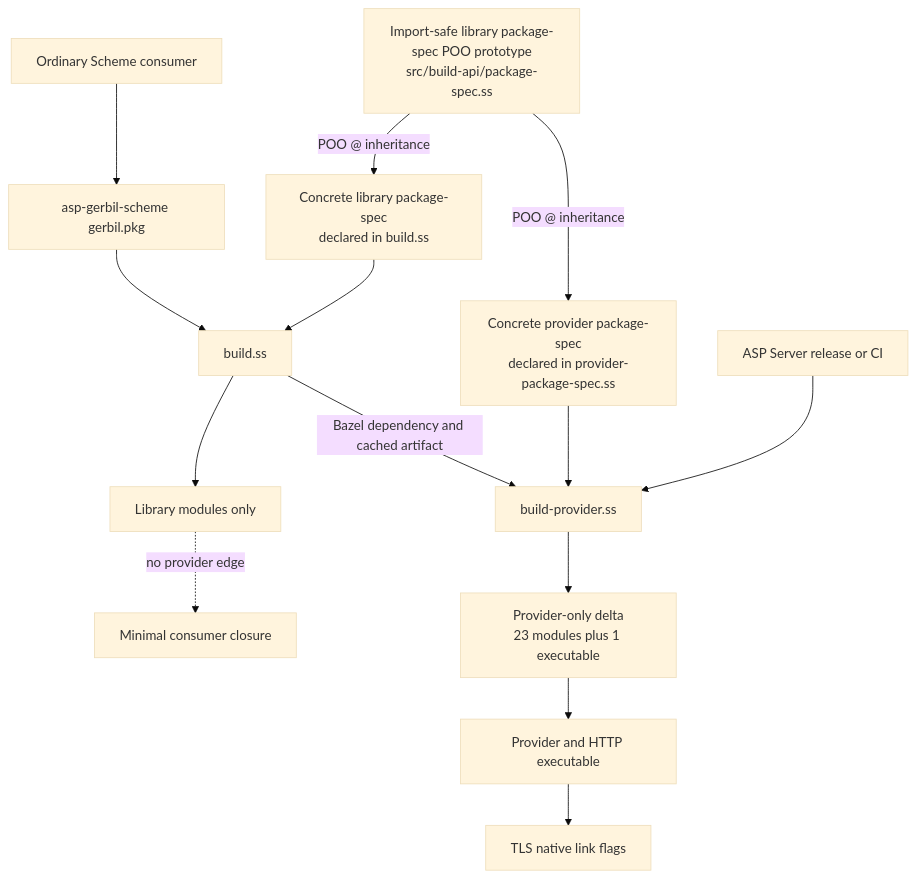
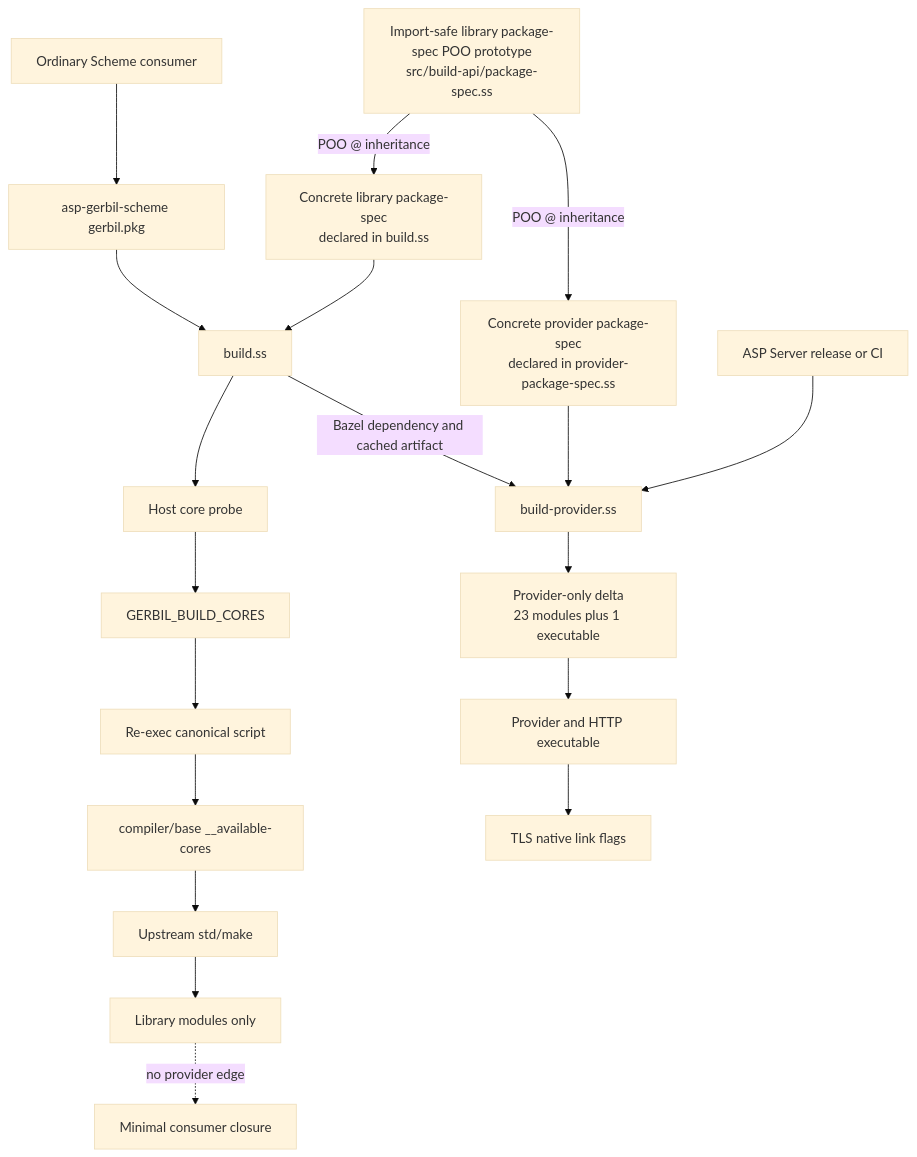
Before and after one commit to tao3k/asp-gerbil-scheme: the third of 3 diagrams in docs/30-39-building/31.07-native-gerbil-declarative-boundary.org, drawn with Mermaid (base theme). The commit also changed other lines of this file and 6 other files, not shown here.

Commit message:
fix: restore canonical Gerbil build concurrency

```diff
--- a/docs/30-39-building/31.07-native-gerbil-declarative-boundary.org
+++ b/docs/30-39-building/31.07-native-gerbil-declarative-boundary.org
@@ -116,17 +132,22 @@
 #+begin_src mermaid
 flowchart TD
     Consumer[Ordinary Scheme consumer] --> Manifest[asp-gerbil-scheme gerbil.pkg]
     Manifest --> LibraryBuild[build.ss]
     Prototype[Import-safe library package-spec POO prototype<br/>src/build-api/package-spec.ss]
     Prototype -->|POO @ inheritance| LibraryObject[Concrete library package-spec<br/>declared in build.ss]
     Prototype -->|POO @ inheritance| ProviderObject[Concrete provider package-spec<br/>declared in provider-package-spec.ss]
     LibraryObject --> LibraryBuild
-    LibraryBuild --> Libraries[Library modules only]
+    LibraryBuild --> CoreProbe[Host core probe]
+    CoreProbe --> CoreEnv[GERBIL_BUILD_CORES]
+    CoreEnv --> Reexec[Re-exec canonical script]
+    Reexec --> Available[compiler/base __available-cores]
+    Available --> StdMake[Upstream std/make]
+    StdMake --> Libraries[Library modules only]
     ServerRelease[ASP Server release or CI] --> ProviderBuild[build-provider.ss]
     ProviderObject --> ProviderBuild
     LibraryBuild -->|Bazel dependency and cached artifact| ProviderBuild
     ProviderBuild --> ProviderDelta[Provider-only delta<br/>23 modules plus 1 executable]
     ProviderDelta --> Provider[Provider and HTTP executable]
     Provider --> TLS[TLS native link flags]
     Libraries -. no provider edge .-> ConsumerRuntime[Minimal consumer closure]
 #+end_src
```
